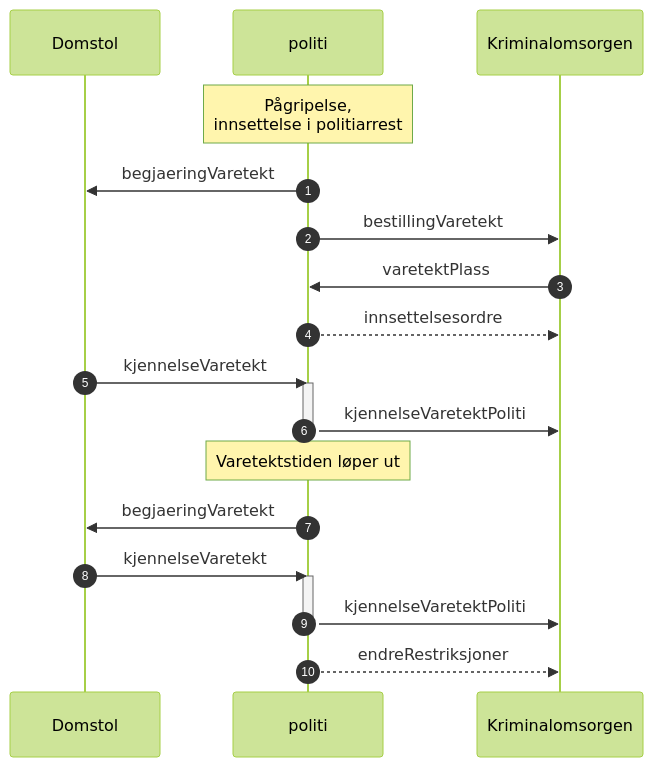
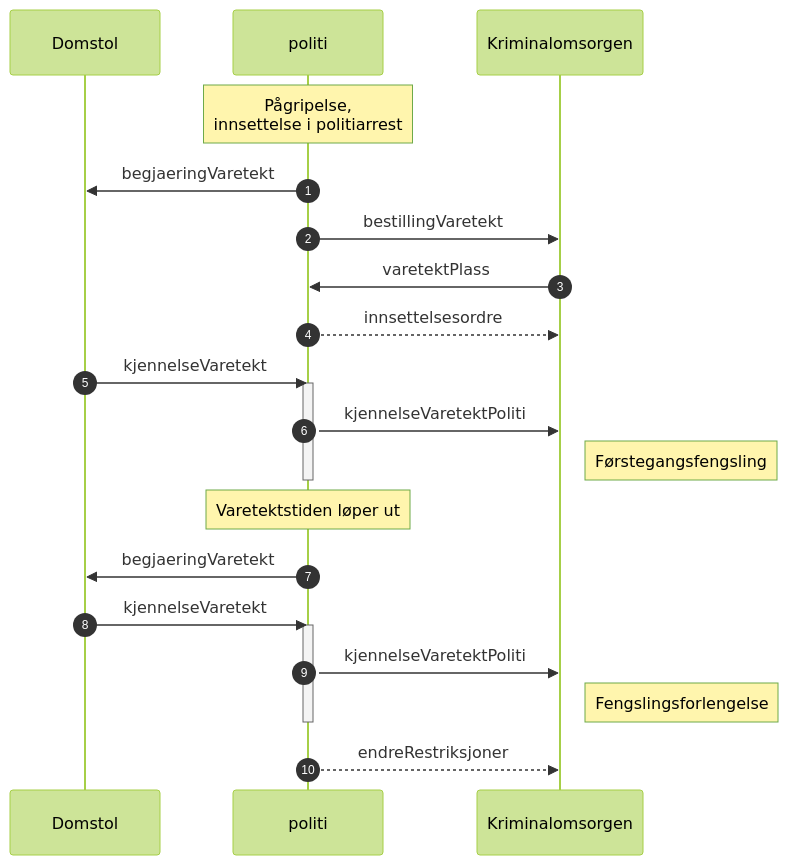
The diagram in kontrakter/politi/kjennelseVaretektPoliti/readme.md (domstolene/ESAS), drawn with Mermaid (forest theme) before and after one commit. The commit also changed other lines of this file and 6 other files, not shown here.

````diff
--- a/kontrakter/politi/kjennelseVaretektPoliti/readme.md
+++ b/kontrakter/politi/kjennelseVaretektPoliti/readme.md
@@ -30,23 +31,25 @@
 ```mermaid
 sequenceDiagram
   autonumber
   participant da as Domstol
   Participant pd as politi
   Participant kdi as Kriminalomsorgen
   Note over pd: Pågripelse, <br/>innsettelse i politiarrest
   pd->>da: begjaeringVaretekt
   pd->>kdi:bestillingVaretekt
   kdi->>pd:varetektPlass
   pd-->>kdi:innsettelsesordre
   da->>pd:kjennelseVaretekt
   activate pd
   pd->>kdi:kjennelseVaretektPoliti
+  note right of kdi: Førstegangsfengsling
   deactivate pd
   note over pd: Varetektstiden løper ut
   pd->>da: begjaeringVaretekt
   da->>pd:kjennelseVaretekt
   activate pd
   pd->>kdi:kjennelseVaretektPoliti
+  note right of kdi: Fengslingsforlengelse
   deactivate pd
   pd-->>kdi:endreRestriksjoner
 ```
````
